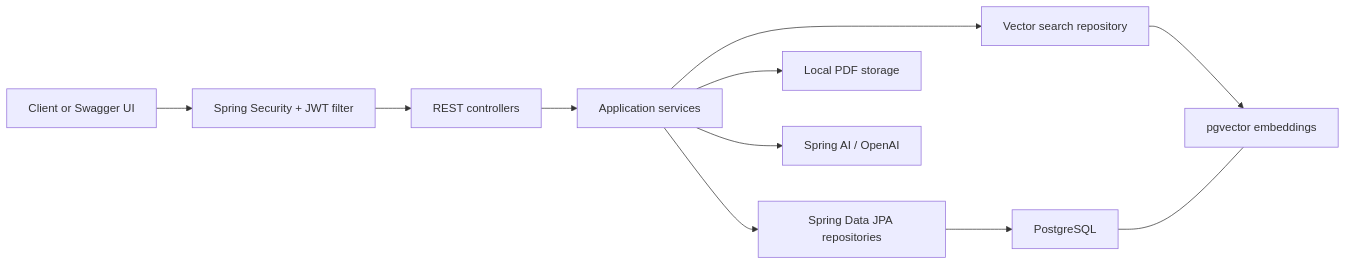
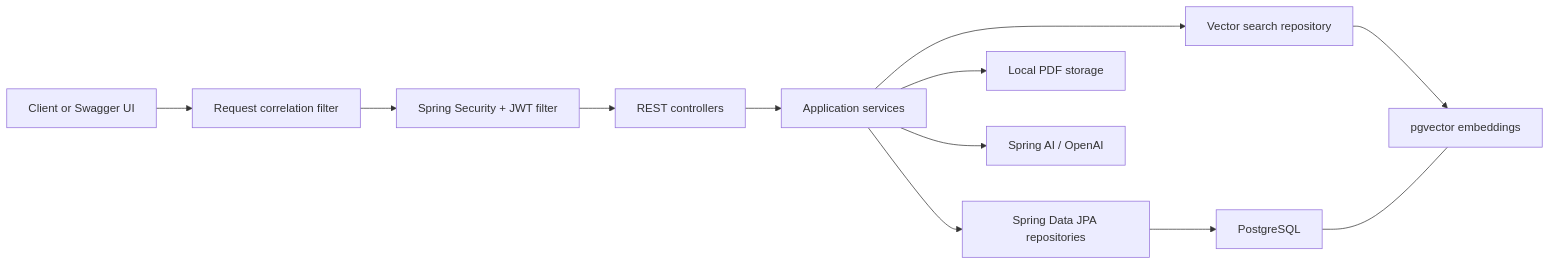
Before and after one commit to brianalbert7/ai-support-agent: the first of 3 diagrams in README.md, drawn with Mermaid. The commit also changed other lines of this file and 6 other files, not shown here.

Commit message:
feat(observability): add request correlation and structured logs

````diff
--- a/README.md
+++ b/README.md
@@ -37,13 +38,14 @@
 ```mermaid
 flowchart LR
-    Client["Client or Swagger UI"] --> Security["Spring Security + JWT filter"]
+    Client["Client or Swagger UI"] --> Correlation["Request correlation filter"]
+    Correlation --> Security["Spring Security + JWT filter"]
     Security --> Controllers["REST controllers"]
     Controllers --> Services["Application services"]
     Services --> JPA["Spring Data JPA repositories"]
     Services --> VectorRepo["Vector search repository"]
     Services --> Storage["Local PDF storage"]
     Services --> OpenAI["Spring AI / OpenAI"]
     JPA --> PostgreSQL["PostgreSQL"]
     VectorRepo --> Pgvector["pgvector embeddings"]
     PostgreSQL --- Pgvector
 ```
````
